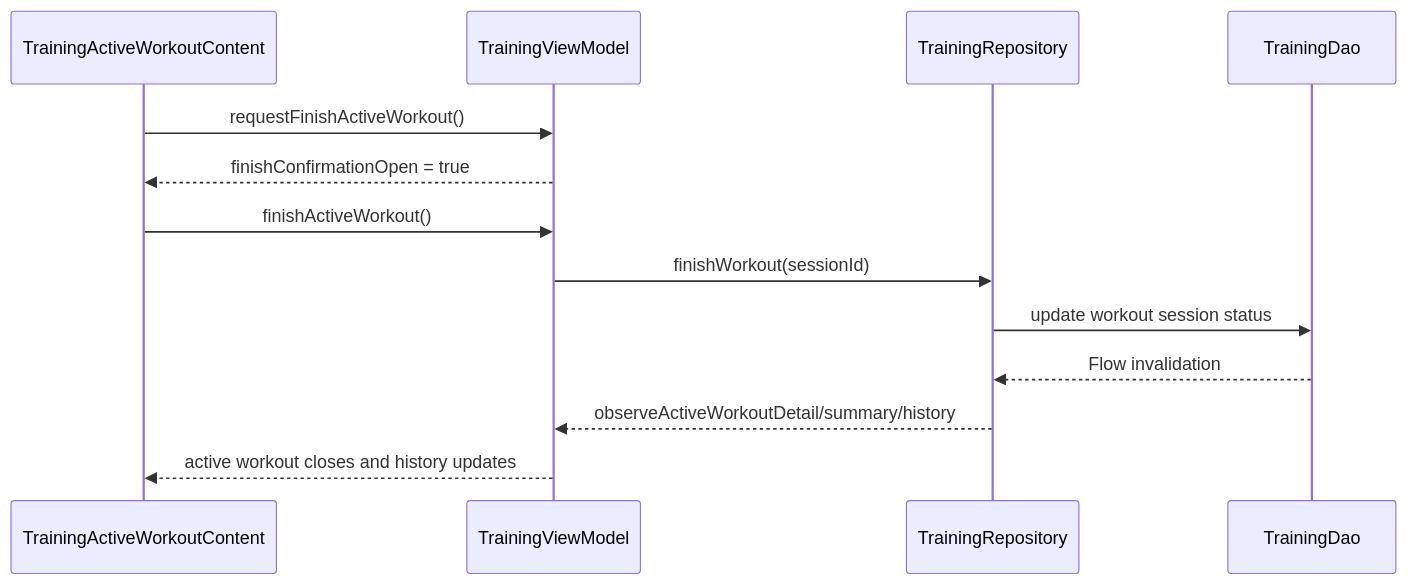
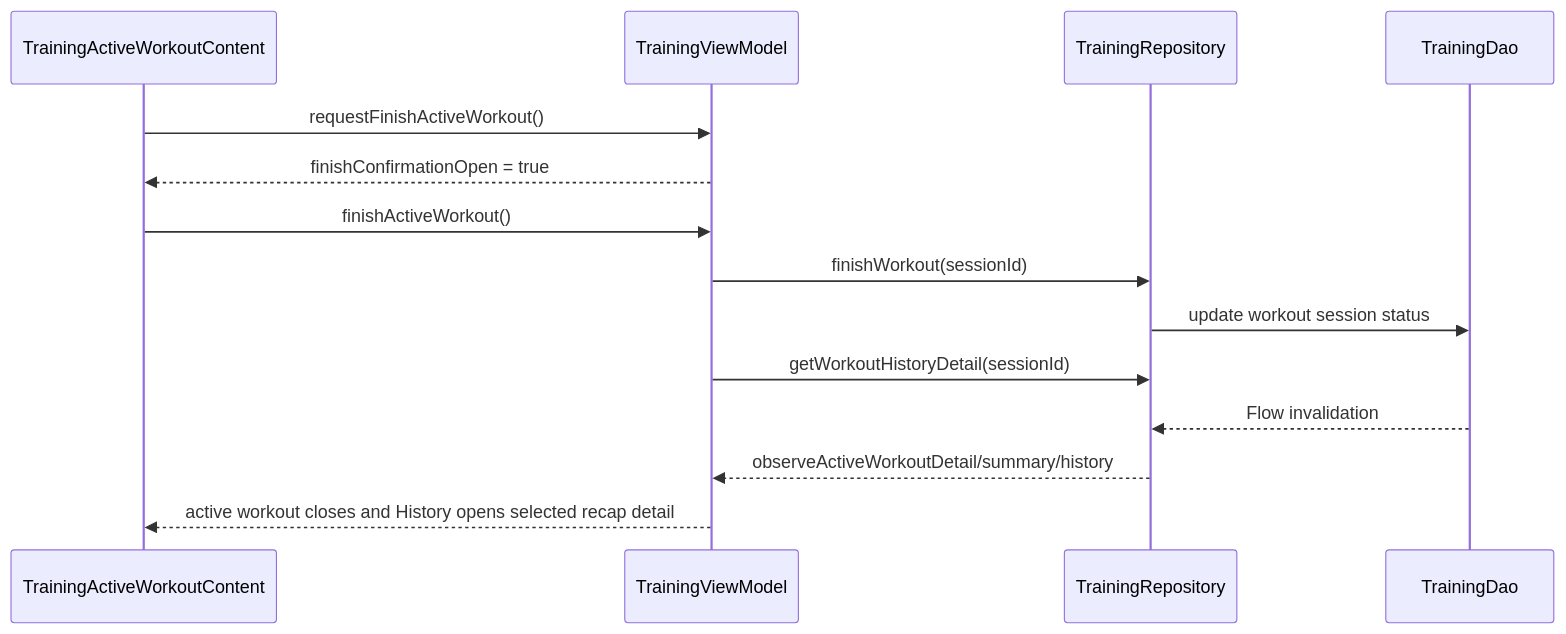
Before and after one commit to attmous/MusFit: the third of 3 diagrams in docs/architecture/data-models.md, drawn with Mermaid. The commit also changed other lines of this file and 8 other files, not shown here.

````diff
--- a/docs/architecture/data-models.md
+++ b/docs/architecture/data-models.md
@@ -623,16 +624,17 @@
 ```mermaid
 sequenceDiagram
     participant UI as TrainingActiveWorkoutContent
     participant VM as TrainingViewModel
     participant Repo as TrainingRepository
     participant Dao as TrainingDao
 
     UI->>VM: requestFinishActiveWorkout()
     VM-->>UI: finishConfirmationOpen = true
     UI->>VM: finishActiveWorkout()
     VM->>Repo: finishWorkout(sessionId)
     Repo->>Dao: update workout session status
+    VM->>Repo: getWorkoutHistoryDetail(sessionId)
     Dao-->>Repo: Flow invalidation
     Repo-->>VM: observeActiveWorkoutDetail/summary/history
-    VM-->>UI: active workout closes and history updates
+    VM-->>UI: active workout closes and History opens selected recap detail
 ```
````
